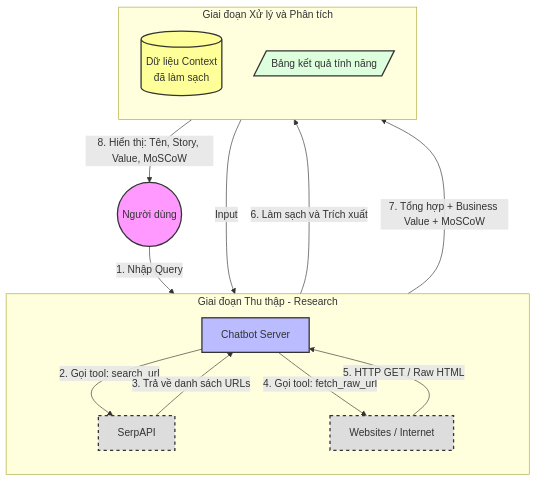
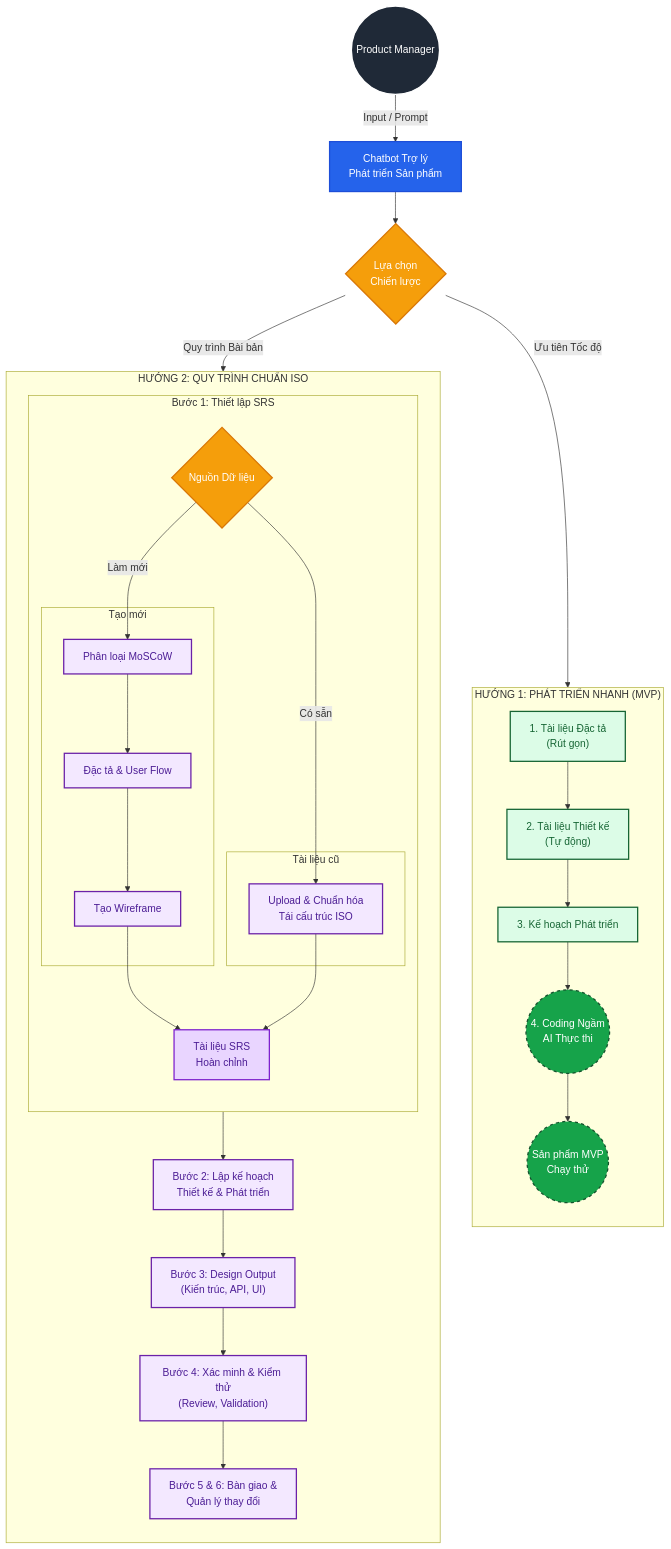
One commit to khanhtpn-0577/PRDChatbot changed the diagram in README.md. Above: the diagram before and after it, drawn with Mermaid.

````diff
--- a/README.md
+++ b/README.md
@@ -1,41 +1,89 @@
 ```mermaid
 graph TD
 
-    %% ====== STYLE DEFINITIONS ======
-    classDef actor fill:#f9f,stroke:#333,stroke-width:2px;
-    classDef system fill:#bbf,stroke:#333,stroke-width:2px;
-    classDef external fill:#ddd,stroke:#333,stroke-width:2px,stroke-dasharray:5 5;
-    classDef process fill:#dfd,stroke:#333,stroke-width:2px;
-    classDef data fill:#ff9,stroke:#333,stroke-width:2px;
+    %% ====== 1. STYLE DEFINITIONS ======
+    classDef actor fill:#1f2937,stroke:#fff,stroke-width:2px,color:#fff;
+    classDef system fill:#2563eb,stroke:#1d4ed8,stroke-width:2px,color:#fff;
+    classDef decision fill:#f59e0b,stroke:#d97706,stroke-width:2px,color:#fff,shape:rhombus;
+    
+    %% Style MVP
+    classDef fastTrack fill:#dcfce7,stroke:#166534,stroke-width:2px,color:#166534;
+    classDef aiHidden fill:#16a34a,stroke:#14532d,stroke-width:2px,color:#fff,stroke-dasharray: 5 5;
+    
+    %% Style ISO
+    classDef isoStep fill:#f3e8ff,stroke:#6b21a8,stroke-width:2px,color:#4c1d95;
+    classDef isoDoc fill:#e9d5ff,stroke:#7e22ce,stroke-width:2px,color:#4c1d95;
+    
+    %% ====== 2. NODES ======
+    PM((Product Manager)):::actor
+    Chatbot["Chatbot Trợ lý<br/>Phát triển Sản phẩm"]:::system
+    ChooseStrategy{"Lựa chọn<br/>Chiến lược"}:::decision
+    
+    %% ====== 3. MAIN FLOW ======
+    PM -->|"Input / Prompt"| Chatbot
+    Chatbot --> ChooseStrategy
 
-    %% ====== NODES ======
-    User((Người dùng)):::actor
-    Server[Chatbot Server]:::system
-    Serp[SerpAPI]:::external
-    Web[Websites / Internet]:::external
-    Context[(Dữ liệu Context<br/>đã làm sạch)]:::data
-    Result[/Bảng kết quả tính năng/]:::process
-
-    %% ====== MAIN FLOW ======
-    User -->|1. Nhập Query| Server
-
-    %% ====== PHASE 1 ======
-    subgraph Phase1 ["Giai đoạn Thu thập - Research"]
+    %% ==========================================================
+    %% BRANCH 1: MVP
+    %% ==========================================================
+    subgraph MVP_Flow ["HƯỚNG 1: PHÁT TRIỂN NHANH (MVP)"]
         direction TB
-        Server -->|2. Gọi tool: search_url| Serp
-        Serp -->|3. Trả về danh sách URLs| Server
-        Server -->|4. Gọi tool: fetch_raw_url| Web
-        Web -->|5. HTTP GET / Raw HTML| Server
+        Spec["1. Tài liệu Đặc tả<br/>(Rút gọn)"]:::fastTrack
+        Design["2. Tài liệu Thiết kế<br/>(Tự động)"]:::fastTrack
+        Plan["3. Kế hoạch Phát triển"]:::fastTrack
+        Coding(("4. Coding Ngầm<br/>AI Thực thi")):::aiHidden
+        MVP_Result(("Sản phẩm MVP<br/>Chạy thử")):::aiHidden
+        
+        Spec --> Design --> Plan --> Coding --> MVP_Result
     end
 
-    %% ====== PHASE 2 ======
-    subgraph Phase2 ["Giai đoạn Xử lý và Phân tích"]
+    %% ==========================================================
+    %% BRANCH 2: ISO
+    %% ==========================================================
+    subgraph ISO_Flow ["HƯỚNG 2: QUY TRÌNH CHUẨN ISO"]
         direction TB
-        Server -->|6. Làm sạch và Trích xuất| Context
-        Context -->|Input| Server
-        Server -->|7. Tổng hợp + Business Value + MoSCoW| Result
+        
+        %% --- BƯỚC 1 ---
+        subgraph Step1_Area ["Bước 1: Thiết lập SRS"]
+            direction TB
+            ISO_Source{"Nguồn Dữ liệu"}:::decision
+            
+            subgraph New_Doc ["Tạo mới"]
+                MoSCoW["Phân loại MoSCoW"]:::isoStep
+                Detail["Đặc tả & User Flow"]:::isoStep
+                Wireframe["Tạo Wireframe"]:::isoStep
+            end
+            
+            subgraph Exist_Doc ["Tài liệu cũ"]
+                Refactor["Upload & Chuẩn hóa<br/>Tái cấu trúc ISO"]:::isoStep
+            end
+            
+            %% ĐÃ SỬA LẠI DÒNG NÀY: Dùng ngoặc vuông [] thay vì hình đặc biệt để tránh lỗi
+            SRS_Doc["Tài liệu SRS<br/>Hoàn chỉnh"]:::isoDoc
+        end
+
+        %% --- BƯỚC 2 -> 6 ---
+        Step2["Bước 2: Lập kế hoạch<br/>Thiết kế & Phát triển"]:::isoStep
+        Step3["Bước 3: Design Output<br/>(Kiến trúc, API, UI)"]:::isoStep
+        Step4["Bước 4: Xác minh & Kiểm thử<br/>(Review, Validation)"]:::isoStep
+        Step5["Bước 5 & 6: Bàn giao &<br/>Quản lý thay đổi"]:::isoStep
+
+        %% Luồng đi ISO
+        ISO_Source -->|"Làm mới"| MoSCoW
+        MoSCoW --> Detail --> Wireframe
+        
+        ISO_Source -->|"Có sẵn"| Refactor
+        
+        Wireframe --> SRS_Doc
+        Refactor --> SRS_Doc
+        
+        SRS_Doc --> Step2
+        Step2 --> Step3
+        Step3 --> Step4
+        Step4 --> Step5
     end
 
-    %% ====== OUTPUT ======
-    Result -->|8. Hiển thị: Tên, Story, Value, MoSCoW| User
+    %% ====== 4. CONNECT ======
+    ChooseStrategy -->|"Ưu tiên Tốc độ"| Spec
+    ChooseStrategy -->|"Quy trình Bài bản"| ISO_Source
 ```
````
